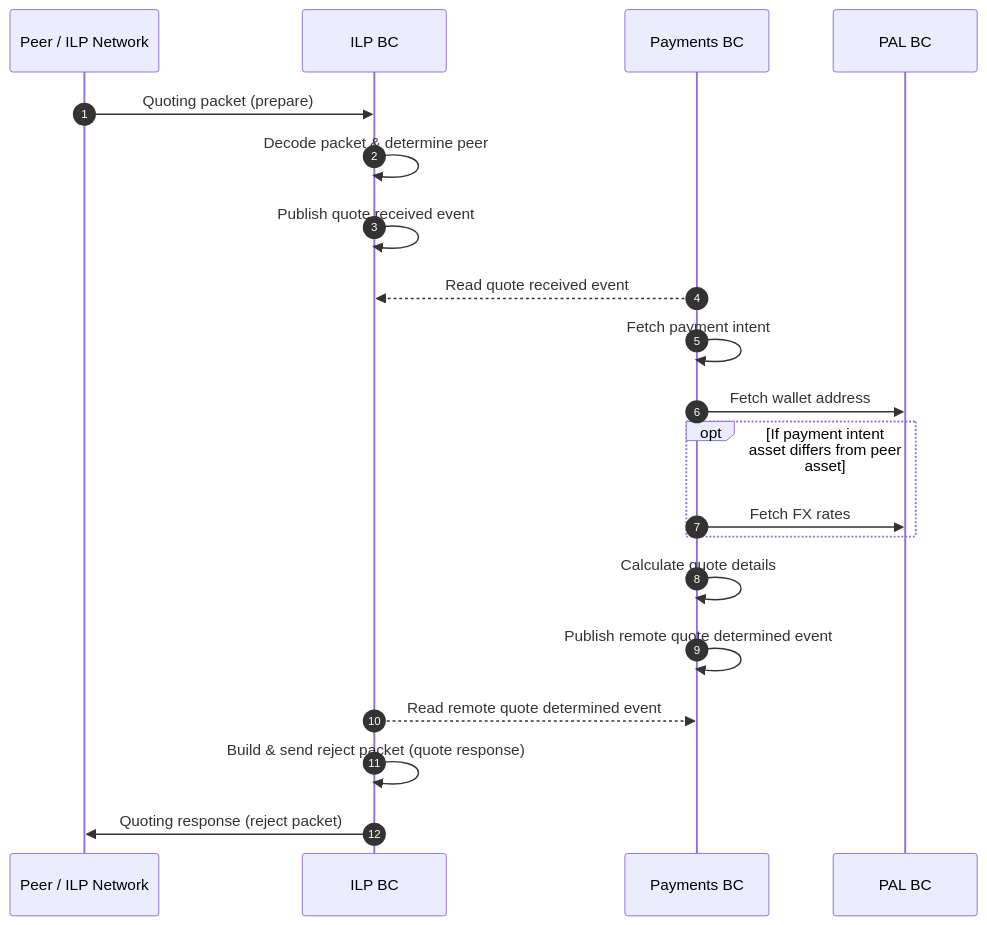
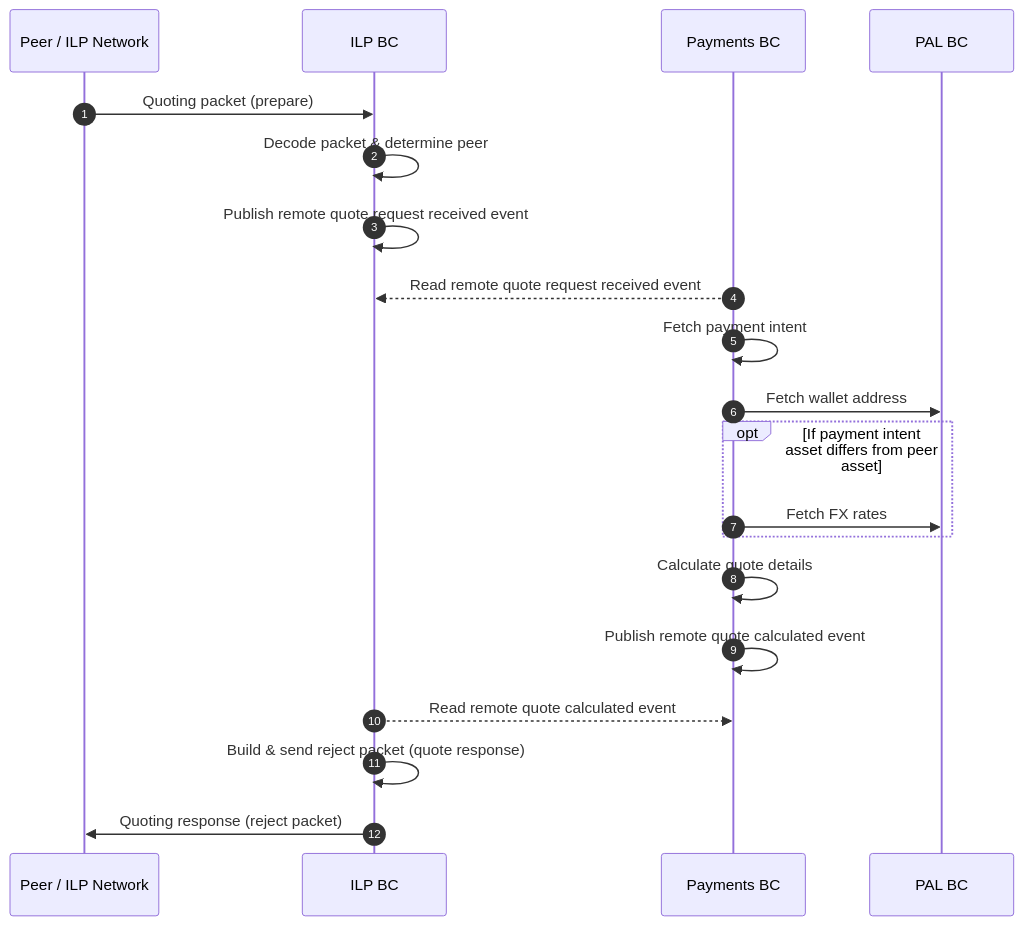
The diagram in internal-docs/sequence-diagrams/ILP/Remote Quote - Receving.md (JayPokale/rhyza), drawn with Mermaid before and after one commit. The commit also changed 4 other files, not shown here.

Commit message:
feat: update diagram based on 21/05 & 22/05 meetings

````diff
--- a/internal-docs/sequence-diagrams/ILP/Remote Quote - Receving.md
+++ b/internal-docs/sequence-diagrams/ILP/Remote Quote - Receving.md
@@ -3,27 +3,27 @@
 ```mermaid
 sequenceDiagram
 	autonumber
 
 
     participant Peer as Peer / ILP Network
     participant ILPBC as ILP BC
     participant PBC as Payments BC
     participant PAL as PAL BC
 
     Peer ->> ILPBC: Quoting packet (prepare)
     ILPBC ->> ILPBC: Decode packet & determine peer
-    ILPBC ->> ILPBC: Publish quote received event
+    ILPBC ->> ILPBC: Publish remote quote request received event
 
-    PBC -->> ILPBC: Read quote received event
+    PBC -->> ILPBC: Read remote quote request received event
     PBC ->> PBC: Fetch payment intent
     PBC ->> PAL: Fetch wallet address
     opt If payment intent asset differs from peer asset
     PBC ->> PAL: Fetch FX rates
     end
     PBC ->> PBC: Calculate quote details
-    PBC ->> PBC: Publish remote quote determined event
+    PBC ->> PBC: Publish remote quote calculated event
 
-    ILPBC -->> PBC: Read remote quote determined event
+    ILPBC -->> PBC: Read remote quote calculated event
     ILPBC ->> ILPBC: Build & send reject packet (quote response)
     ILPBC ->> Peer: Quoting response (reject packet)
 ```
````
